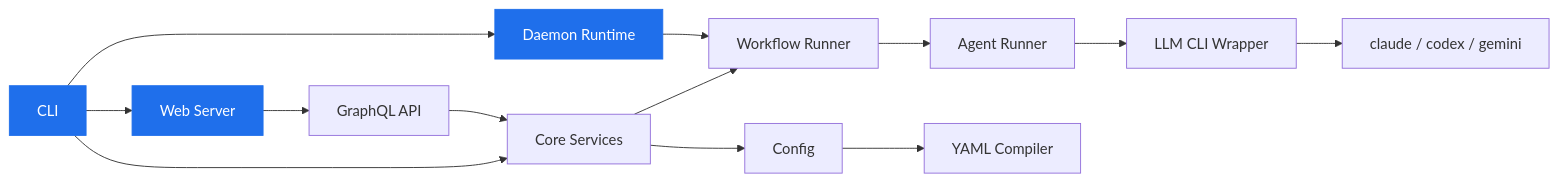
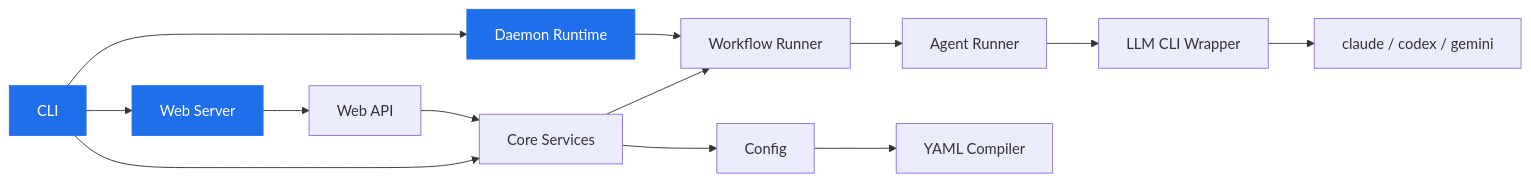
Before and after one commit to renakdata17/animus-cli: the diagram in README.md, drawn with Mermaid. The commit also changed other lines of this file and 28 other files, not shown here.

````diff
--- a/README.md
+++ b/README.md
@@ -348,18 +346,18 @@
 ```mermaid
 graph LR
     A[CLI] --> B[Core Services]
     A --> C[Daemon Runtime]
     B --> D[Workflow Runner]
     D --> E[Agent Runner]
     E --> F[LLM CLI Wrapper]
     F --> G[claude / codex / gemini]
     B --> H[Config]
     H --> I[YAML Compiler]
     A --> J[Web Server]
-    J --> K[GraphQL API]
+    J --> K[Web API]
     K --> B
     C --> D
     style A fill:#1f6feb,stroke:#1f6feb,color:#fff
     style C fill:#1f6feb,stroke:#1f6feb,color:#fff
     style J fill:#1f6feb,stroke:#1f6feb,color:#fff
 ```
````
